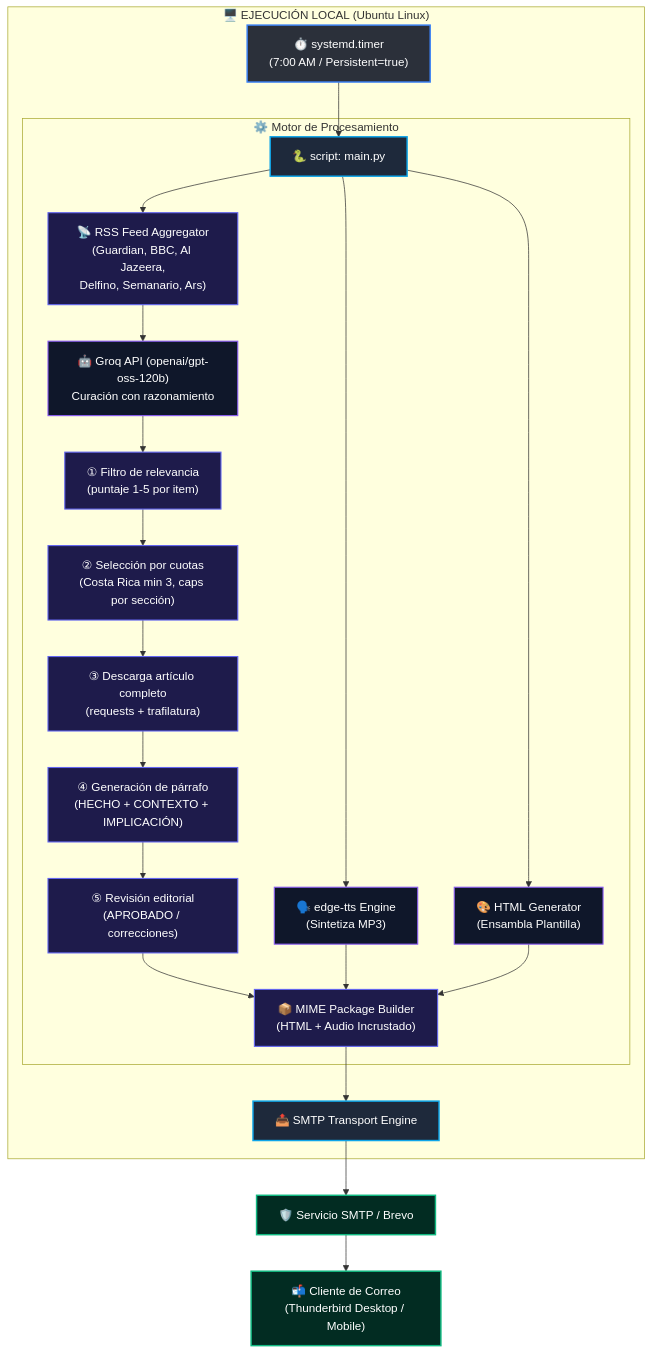
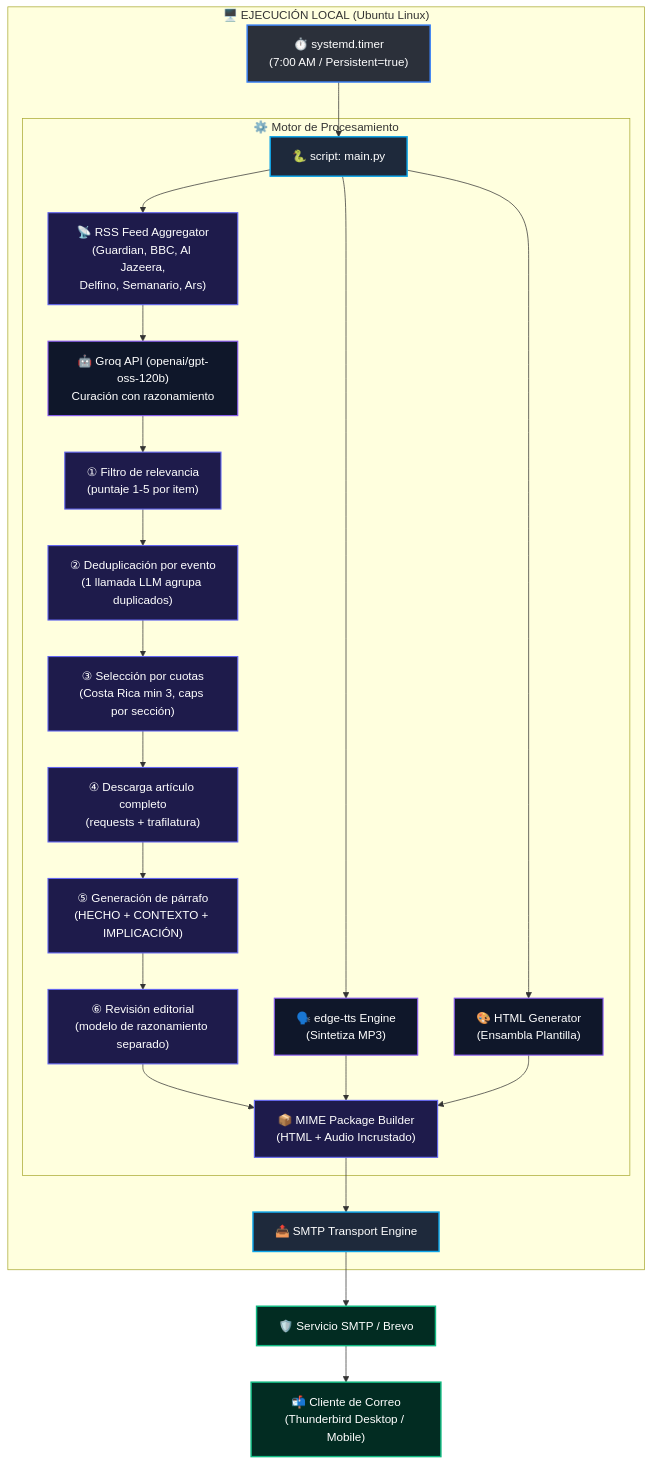
The diagram in BLUEPRINT.md (rodneyara-live/digest13), drawn with Mermaid before and after one commit. The commit also changed other lines of this file and 7 other files, not shown here.

Commit message:
Deduplicación por evento con LLM, revisión editorial con modelo de razonamiento separado (EDITORIAL_MODEL), fail-fast en agotamiento de cuota

````diff
--- a/BLUEPRINT.md
+++ b/BLUEPRINT.md
@@ -11,34 +11,35 @@
 ```mermaid
 flowchart TD
     %% Estilos de Nodos
     classDef systemd fill:#2b303a,stroke:#3b82f6,stroke-width:2px,color:#fff
     classDef script fill:#1e293b,stroke:#0ea5e9,stroke-width:2px,color:#fff
     classDef api fill:#0f172a,stroke:#8b5cf6,stroke-width:1.5px,color:#fff
     classDef process fill:#1e1b4b,stroke:#6366f1,stroke-width:1.5px,color:#fff
     classDef client fill:#022c22,stroke:#10b981,stroke-width:2px,color:#fff
 
     subgraph OS ["🖥️ EJECUCIÓN LOCAL (Ubuntu Linux)"]
         A["⏱️ systemd.timer<br/>(7:00 AM / Persistent=true)"]:::systemd --> B["🐍 script: main.py"]:::script
 
         subgraph Pipeline ["⚙️ Motor de Procesamiento"]
             B --> C["📡 RSS Feed Aggregator<br/>(Guardian, BBC, Al Jazeera,<br/>Delfino, Semanario, Ars)"]:::process
             C --> D["🤖 Groq API (openai/gpt-oss-120b)<br/>Curación con razonamiento"]:::api
             D --> D1["① Filtro de relevancia<br/>(puntaje 1-5 por item)"]:::process
-            D1 --> D2["② Selección por cuotas<br/>(Costa Rica min 3, caps por sección)"]:::process
-            D2 --> D3["③ Descarga artículo completo<br/>(requests + trafilatura)"]:::process
-            D3 --> D4["④ Generación de párrafo<br/>(HECHO + CONTEXTO + IMPLICACIÓN)"]:::process
-            D4 --> D5["⑤ Revisión editorial<br/>(APROBADO / correcciones)"]:::process
+            D1 --> D1a["② Deduplicación por evento<br/>(1 llamada LLM agrupa duplicados)"]:::process
+            D1a --> D2["③ Selección por cuotas<br/>(Costa Rica min 3, caps por sección)"]:::process
+            D2 --> D3["④ Descarga artículo completo<br/>(requests + trafilatura)"]:::process
+            D3 --> D4["⑤ Generación de párrafo<br/>(HECHO + CONTEXTO + IMPLICACIÓN)"]:::process
+            D4 --> D5["⑥ Revisión editorial<br/>(modelo de razonamiento separado)"]:::process
             B --> E["🗣️ edge-tts Engine<br/>(Sintetiza MP3)"]:::api
             B --> F["🎨 HTML Generator<br/>(Ensambla Plantilla)"]:::api
 
             D5 --> G["📦 MIME Package Builder<br/>(HTML + Audio Incrustado)"]:::process
             E --> G
             F --> G
         end
 
         G --> H["📤 SMTP Transport Engine"]:::script
     end
 
     H --> I["🛡️ Servicio SMTP / Brevo"]:::client
     I --> J["📬 Cliente de Correo<br/>(Thunderbird Desktop / Mobile)"]:::client
 ```
````
